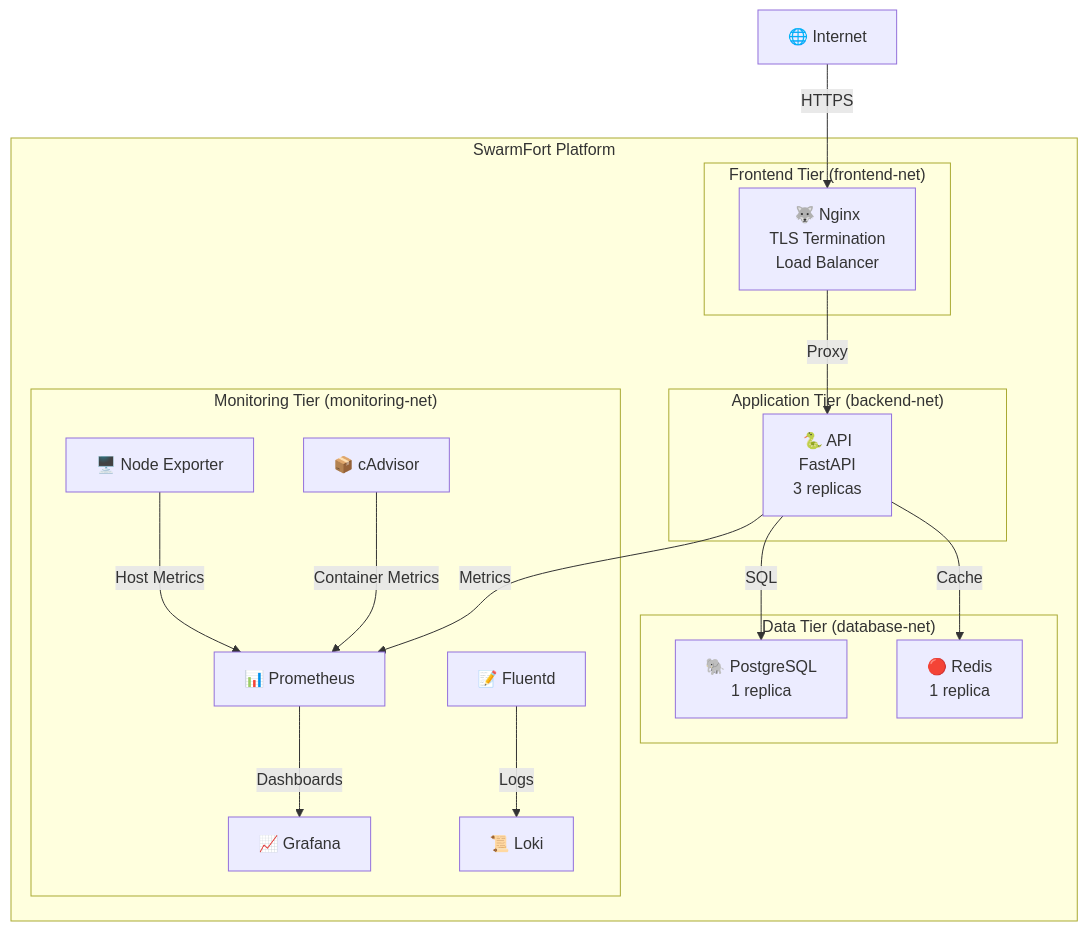
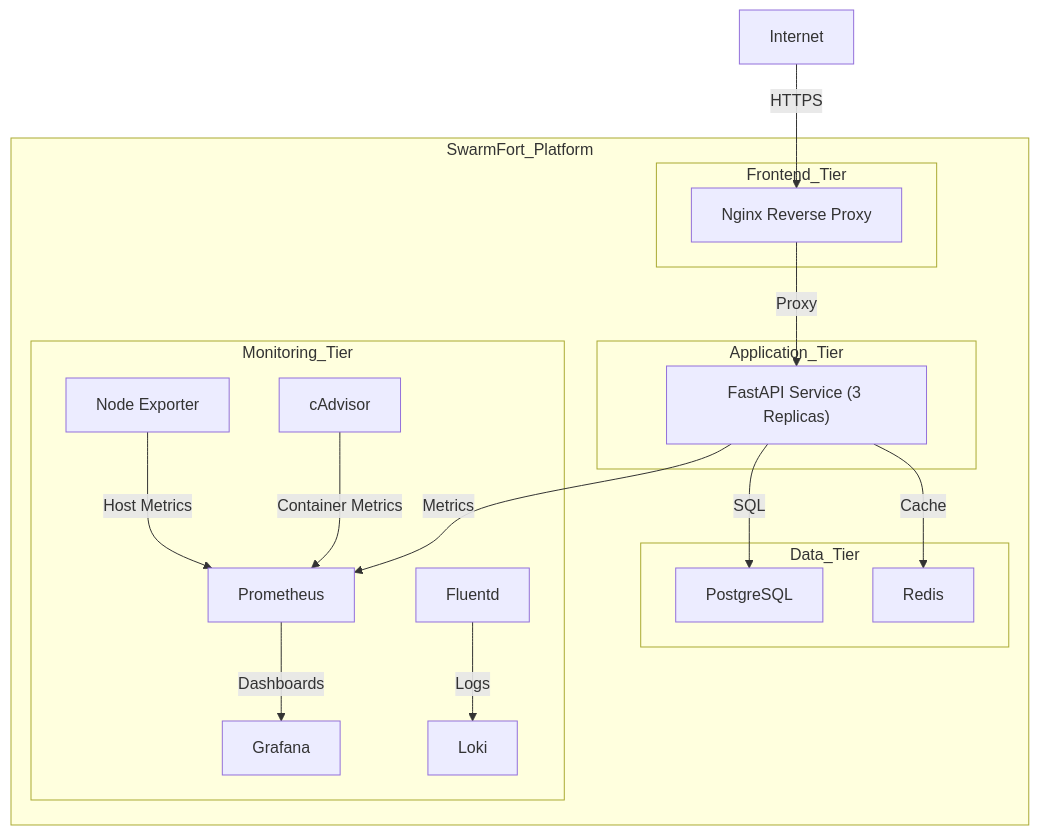
The second of 5 diagrams in docs/architecture.md (rajim59/SwarmFort), drawn with Mermaid before and after one commit. The commit also changed other lines of this file, not shown here.

Commit message:
chore: remove redundant and disconnected scripts (rootless, canary, rolling-update) to clean up architecture

````diff
--- a/docs/architecture.md
+++ b/docs/architecture.md
@@ -39,36 +40,45 @@
 ```mermaid
 graph TB
-    subgraph "SwarmFort Platform"
-        subgraph "Frontend Tier (frontend-net)"
-            Nginx[🐺 Nginx<br/>TLS Termination<br/>Load Balancer]
+
+    subgraph SwarmFort_Platform
+
+        subgraph Frontend_Tier
+            Nginx["Nginx Reverse Proxy"]
         end
 
-        subgraph "Application Tier (backend-net)"
-            API[🐍 API<br/>FastAPI<br/>3 replicas]
+        subgraph Application_Tier
+            API["FastAPI Service (3 Replicas)"]
         end
 
-        subgraph "Data Tier (database-net)"
-            DB[🐘 PostgreSQL<br/>1 replica]
-            Redis[🔴 Redis<br/>1 replica]
+        subgraph Data_Tier
+            DB["PostgreSQL"]
+            Redis["Redis"]
         end
 
-        subgraph "Monitoring Tier (monitoring-net)"
-            Prom[📊 Prometheus]
-            Grafana[📈 Grafana]
-            Loki[📜 Loki]
-            cAdvisor[📦 cAdvisor]
-            NodeExp[🖥️ Node Exporter]
-            Fluentd[📝 Fluentd]
+        subgraph Monitoring_Tier
+            Prom["Prometheus"]
+            Grafana["Grafana"]
+            Loki["Loki"]
+            cAdvisor["cAdvisor"]
+            NodeExp["Node Exporter"]
+            Fluentd["Fluentd"]
         end
+
     end
 
-    Internet[🌐 Internet] -->|HTTPS| Nginx
+    Internet["Internet"]
+
+    Internet -->|HTTPS| Nginx
     Nginx -->|Proxy| API
+
     API -->|SQL| DB
     API -->|Cache| Redis
+
     API -->|Metrics| Prom
+
     Prom -->|Dashboards| Grafana
+
     Fluentd -->|Logs| Loki
     cAdvisor -->|Container Metrics| Prom
     NodeExp -->|Host Metrics| Prom
 ```
````
